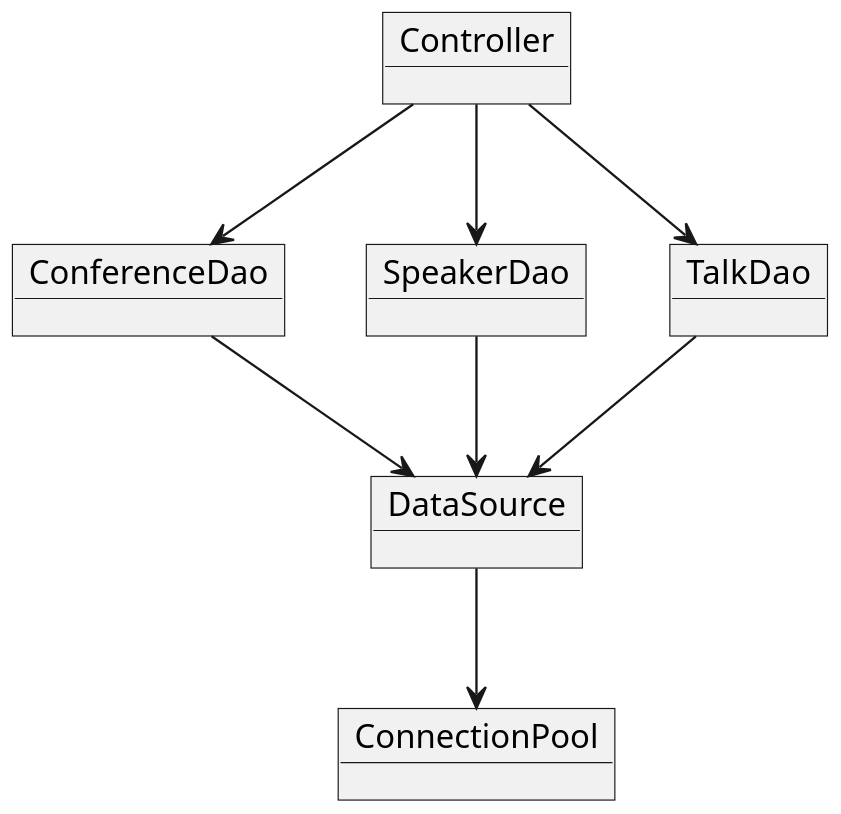
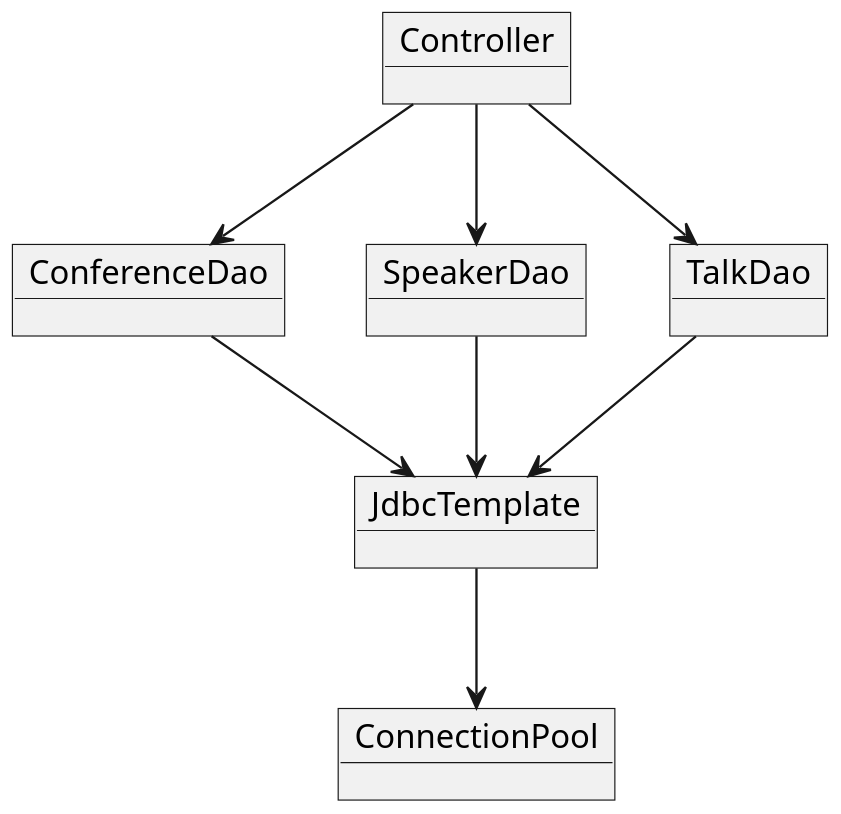
The fourth of 8 diagrams in slides12/src/main/asciidoc/lecture.adoc (inponomarev/java-mipt), drawn with PlantUML before and after one commit. The commit also changed 9 other files, not shown here.

```diff
--- a/slides12/src/main/asciidoc/lecture.adoc
+++ b/slides12/src/main/asciidoc/lecture.adoc
@@ -305,20 +305,20 @@
 [plantuml, objects, png]
 ----
 @startuml
 skinparam dpi 180 
 object ConnectionPool
-object DataSource
+object JdbcTemplate
 object ConferenceDao
 object SpeakerDao
 object TalkDao
 object Controller
 
-DataSource -->ConnectionPool
-SpeakerDao --> DataSource
-TalkDao --> DataSource
-ConferenceDao --> DataSource
+JdbcTemplate -->ConnectionPool
+SpeakerDao --> JdbcTemplate
+TalkDao --> JdbcTemplate
+ConferenceDao --> JdbcTemplate
 Controller --> SpeakerDao
 Controller --> TalkDao
 Controller --> ConferenceDao
 @enduml
 ----    
```
